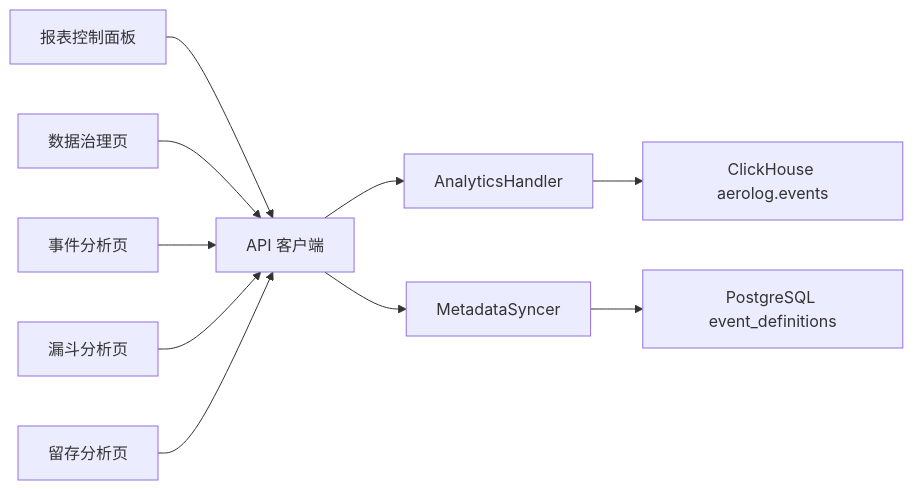
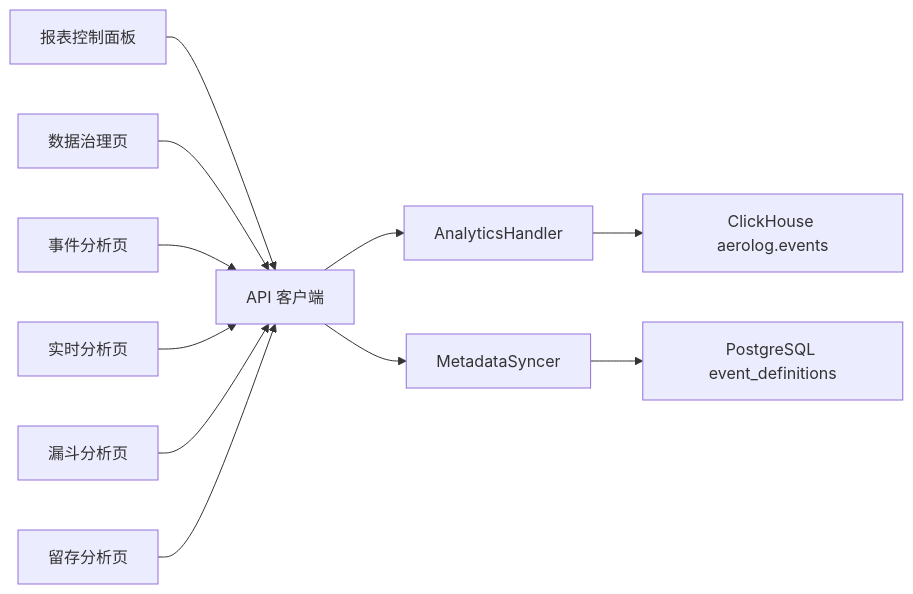
Before and after one commit to zhen-zhong/AeroLog: the fifth of 5 diagrams in .qoder/repowiki/zh/content/Web控制台/事件分析功能.md, drawn with Mermaid. The commit also changed other lines of this file and 84 other files, not shown here.

````diff
--- a/.qoder/repowiki/zh/content/Web控制台/事件分析功能.md
+++ b/.qoder/repowiki/zh/content/Web控制台/事件分析功能.md
@@ -314,12 +347,13 @@
 ```mermaid
 graph LR
 FE_RC["报表控制面板"] --> API["API 客户端"]
 FE_Metadata["数据治理页"] --> API
 FE_Event["事件分析页"] --> API
+FE_Realtime["实时分析页"] --> API
 FE_Funnel["漏斗分析页"] --> API
 FE_Ret["留存分析页"] --> API
 API --> H_Ana["AnalyticsHandler"]
 API --> H_Meta["MetadataSyncer"]
 H_Ana --> CH["ClickHouse aerolog.events"]
 H_Meta --> PG["PostgreSQL event_definitions"]
 ```
````
